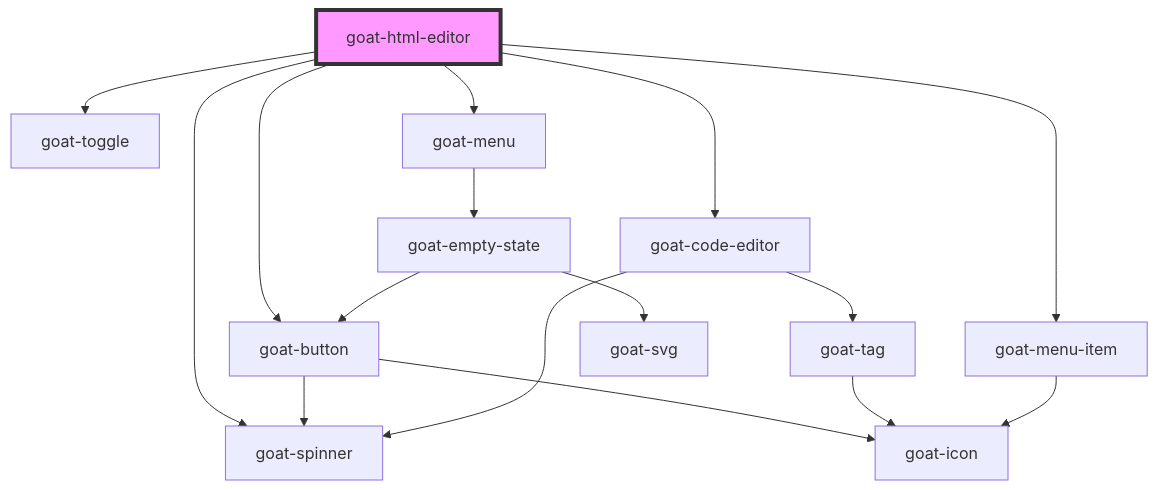
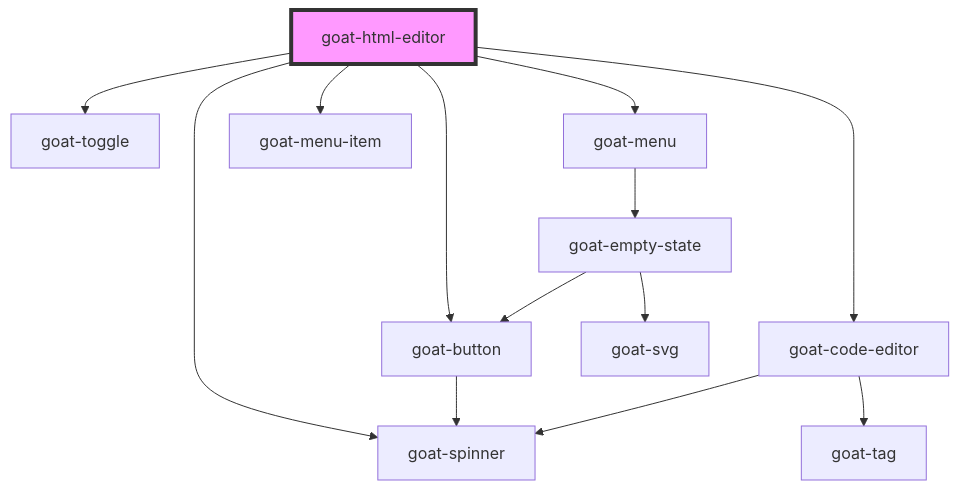
Before and after one commit to redvars/peacock: the diagram in src/components/input-controls/html-editor/readme.md, drawn with Mermaid. The commit also changed 121 other files, not shown here.

````diff
--- a/src/components/input-controls/html-editor/readme.md
+++ b/src/components/input-controls/html-editor/readme.md
@@ -84,19 +84,16 @@
 ```mermaid
 graph TD;
   goat-html-editor --> goat-button
   goat-html-editor --> goat-spinner
   goat-html-editor --> goat-code-editor
   goat-html-editor --> goat-toggle
   goat-html-editor --> goat-menu
   goat-html-editor --> goat-menu-item
   goat-button --> goat-spinner
-  goat-button --> goat-icon
   goat-code-editor --> goat-tag
   goat-code-editor --> goat-spinner
-  goat-tag --> goat-icon
   goat-menu --> goat-empty-state
   goat-empty-state --> goat-svg
   goat-empty-state --> goat-button
-  goat-menu-item --> goat-icon
   style goat-html-editor fill:#f9f,stroke:#333,stroke-width:4px
 ```
````
